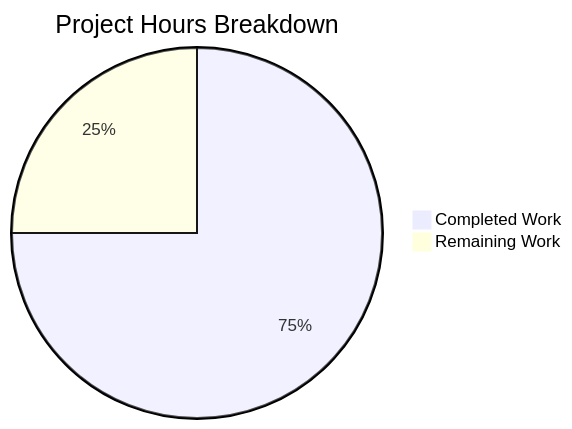
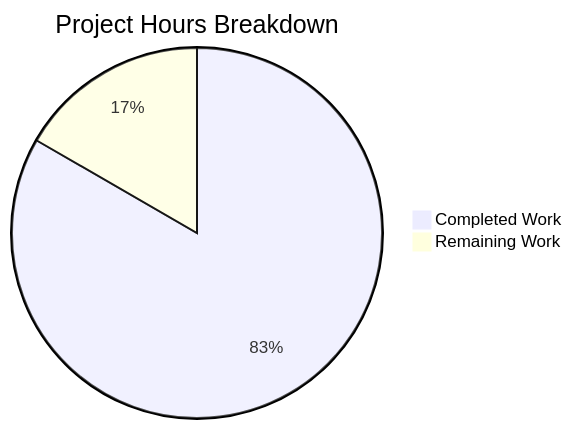
The second of 2 diagrams in blitzy/documentation/Project Guide.md (Blitzy-Sandbox/blitzy-openclaw), drawn with Mermaid before and after one commit. The commit also changed other lines of this file, not shown here.

Commit message:
Adding Blitzy Project Guide: Project Status and Human Tasks Remaining

````diff
--- a/blitzy/documentation/Project Guide.md
+++ b/blitzy/documentation/Project Guide.md
@@ -162,5 +173,5 @@
 ```mermaid
 pie title Project Hours Breakdown
-    "Completed Work" : 6
-    "Remaining Work" : 2
+    "Completed Work" : 5
+    "Remaining Work" : 1
 ```
````
